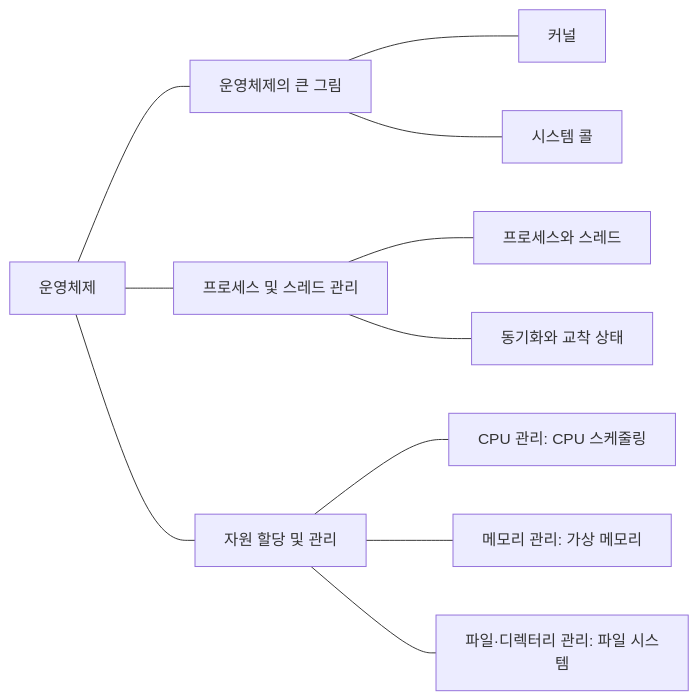
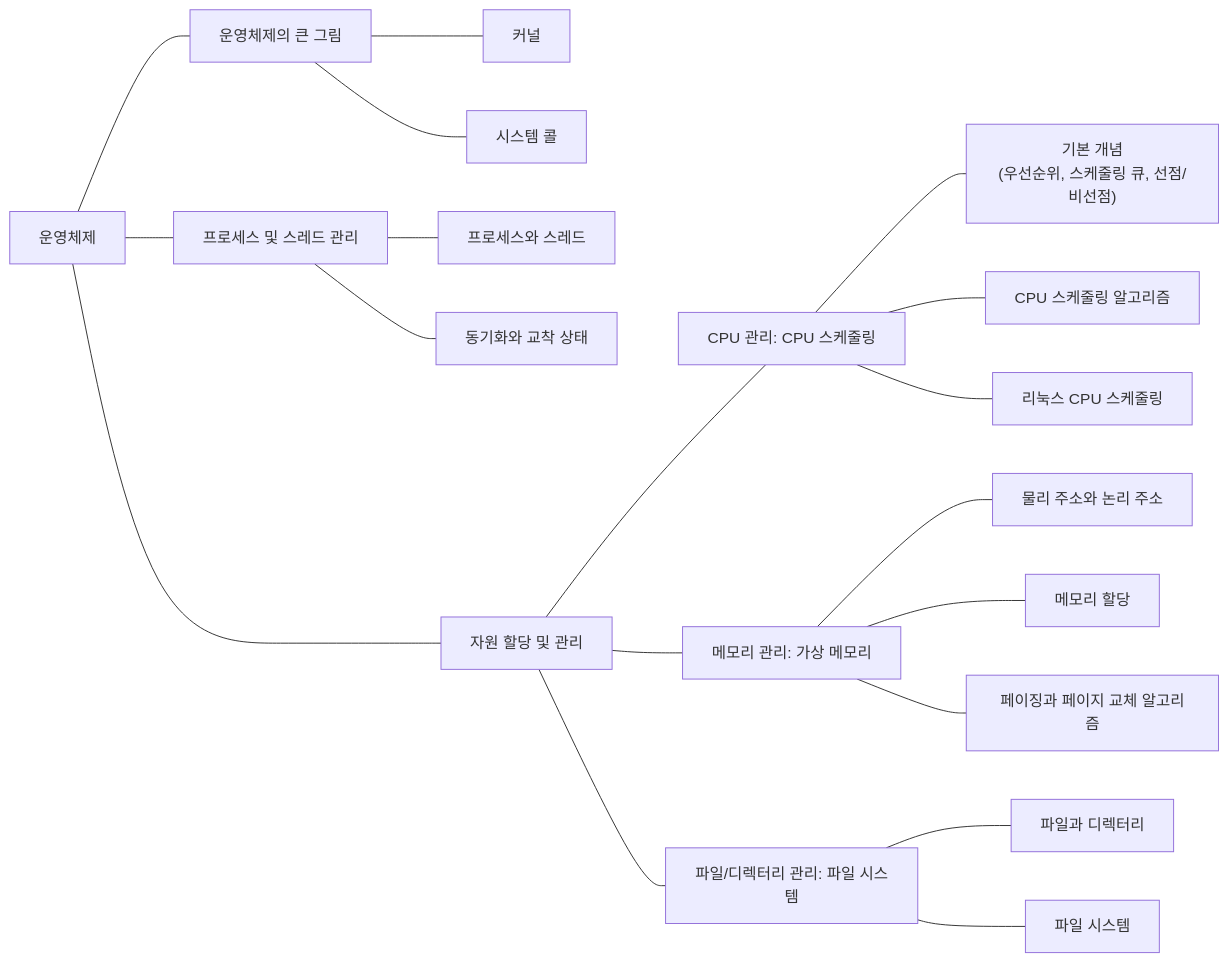
The diagram in _posts/cs/operating-system/2026-05-01-operating-system-guide.md (byahram/devlog), drawn with Mermaid before and after one commit. The commit also changed other lines of this file and 4 other files, not shown here.

````diff
--- a/_posts/cs/operating-system/2026-05-01-operating-system-guide.md
+++ b/_posts/cs/operating-system/2026-05-01-operating-system-guide.md
@@ -15,13 +15,27 @@
 ```mermaid
 flowchart LR
     os["운영체제"] --- overview["운영체제의 큰 그림"]
     overview --- kernel["커널"]
     overview --- syscall["시스템 콜"]
+
     os --- execution["프로세스 및 스레드 관리"]
     execution --- process["프로세스와 스레드"]
     execution --- sync["동기화와 교착 상태"]
+
     os --- resources["자원 할당 및 관리"]
     resources --- cpu["CPU 관리: CPU 스케줄링"]
+    cpu --- cpu_concept["기본 개념<br/>(우선순위, 스케줄링 큐, 선점/비선점)"]
+    cpu --- cpu_algo["CPU 스케줄링 알고리즘"]
+    cpu --- cpu_linux["리눅스 CPU 스케줄링"]
+
     resources --- memory["메모리 관리: 가상 메모리"]
-    resources --- files["파일·디렉터리 관리: 파일 시스템"]
+    memory --- mem_addr["물리 주소와 논리 주소"]
+    memory --- mem_alloc["메모리 할당"]
+    memory --- mem_paging["페이징과 페이지 교체 알고리즘"]
+
+    resources --- files["파일/디렉터리 관리: 파일 시스템"]
+    files --- file_dir["파일과 디렉터리"]
+    files --- file_sys["파일 시스템"]
+
+    sync ~~~ cpu
 ```
````
